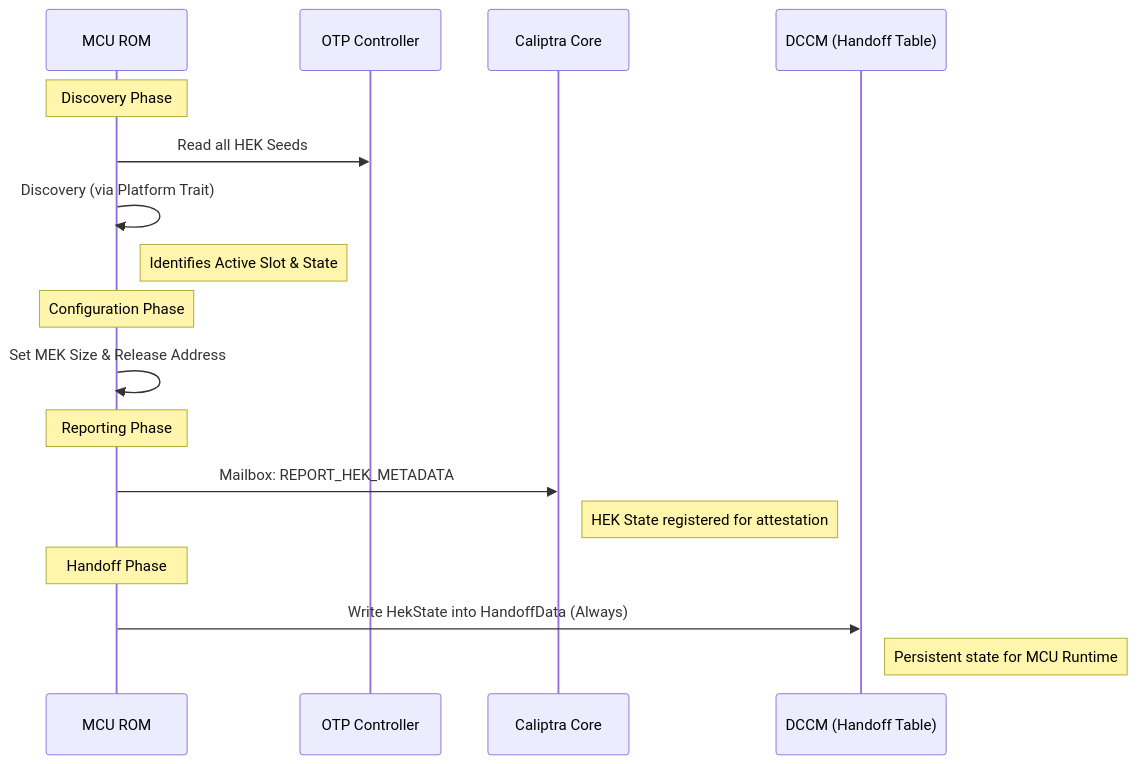
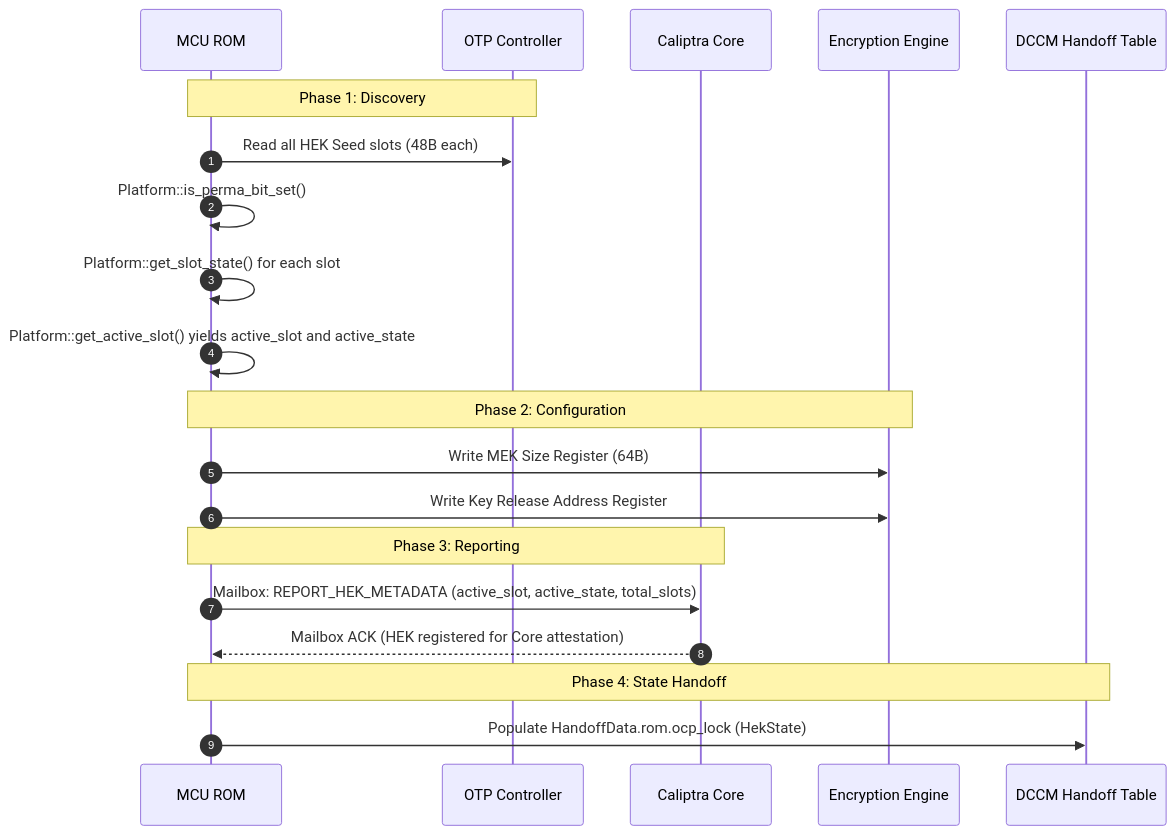
One commit to chipsalliance/caliptra-mcu-sw changed the second of 3 diagrams in docs/src/ocp_lock_integrator_guide.md. Above: the diagram before and after it, drawn with Mermaid. The commit also changed other lines of this file and 1 other file, not shown here.

First line of the commit message:
[OCP LOCK]: Update integrator guide

````diff
--- a/docs/src/ocp_lock_integrator_guide.md
+++ b/docs/src/ocp_lock_integrator_guide.md
@@ -69,23 +166,26 @@
 ```mermaid
 sequenceDiagram
+    autonumber
     participant ROM as MCU ROM
     participant OTP as OTP Controller
     participant CAL as Caliptra Core
-    participant DCCM as DCCM (Handoff Table)
+    participant ENG as Encryption Engine
+    participant DCCM as DCCM Handoff Table
 
-    Note over ROM: Discovery Phase
-    ROM->>OTP: Read all HEK Seeds
-    ROM->>ROM: Discovery (via Platform Trait)
-    Note right of ROM: Identifies Active Slot & State
+    Note over ROM,OTP: Phase 1: Discovery
+    ROM->>OTP: Read all HEK Seed slots (48B each)
+    ROM->>ROM: Platform::is_perma_bit_set()
+    ROM->>ROM: Platform::get_slot_state() for each slot
+    ROM->>ROM: Platform::get_active_slot() yields active_slot and active_state
 
-    Note over ROM: Configuration Phase
-    ROM->>ROM: Set MEK Size & Release Address
+    Note over ROM,ENG: Phase 2: Configuration
+    ROM->>ENG: Write MEK Size Register (64B)
+    ROM->>ENG: Write Key Release Address Register
 
-    Note over ROM: Reporting Phase
-    ROM->>CAL: Mailbox: REPORT_HEK_METADATA
-    Note right of CAL: HEK State registered for attestation
+    Note over ROM,CAL: Phase 3: Reporting
+    ROM->>CAL: Mailbox: REPORT_HEK_METADATA (active_slot, active_state, total_slots)
+    CAL-->>ROM: Mailbox ACK (HEK registered for Core attestation)
 
-    Note over ROM: Handoff Phase
-    ROM->>DCCM: Write HekState into HandoffData (Always)
-    Note right of DCCM: Persistent state for MCU Runtime
+    Note over ROM,DCCM: Phase 4: State Handoff
+    ROM->>DCCM: Populate HandoffData.rom.ocp_lock (HekState)
 ```
````
